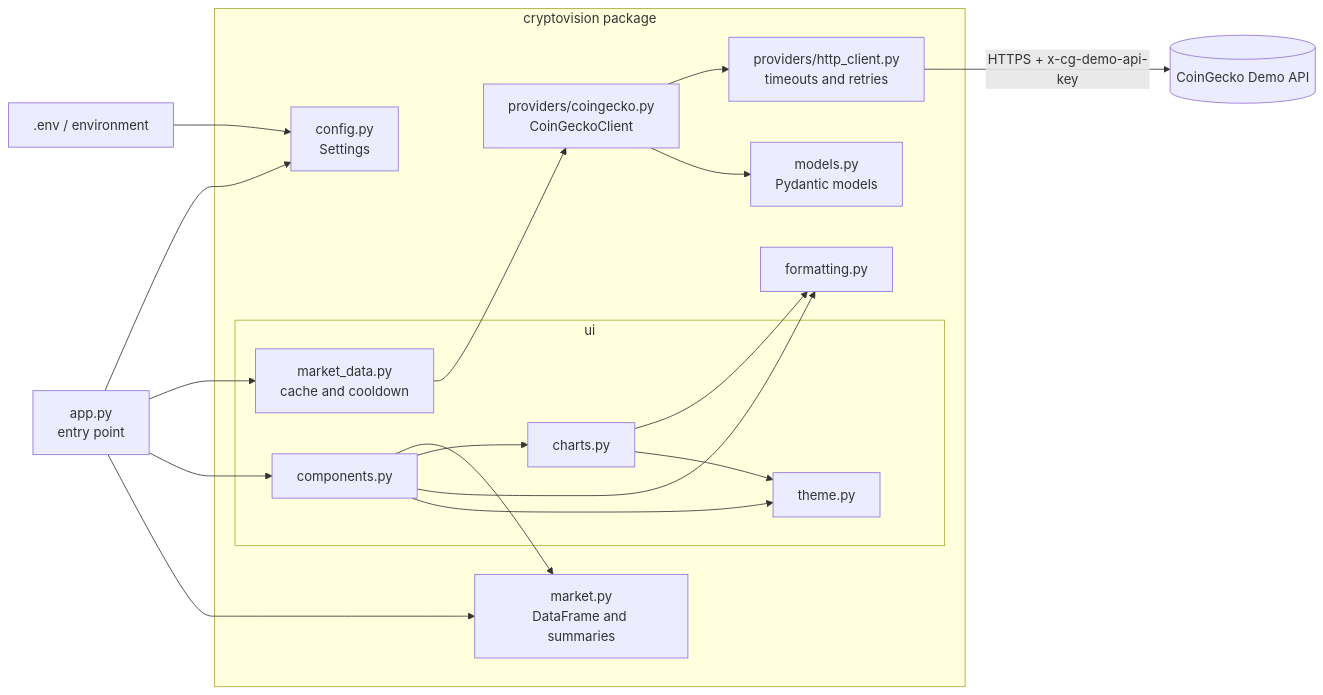
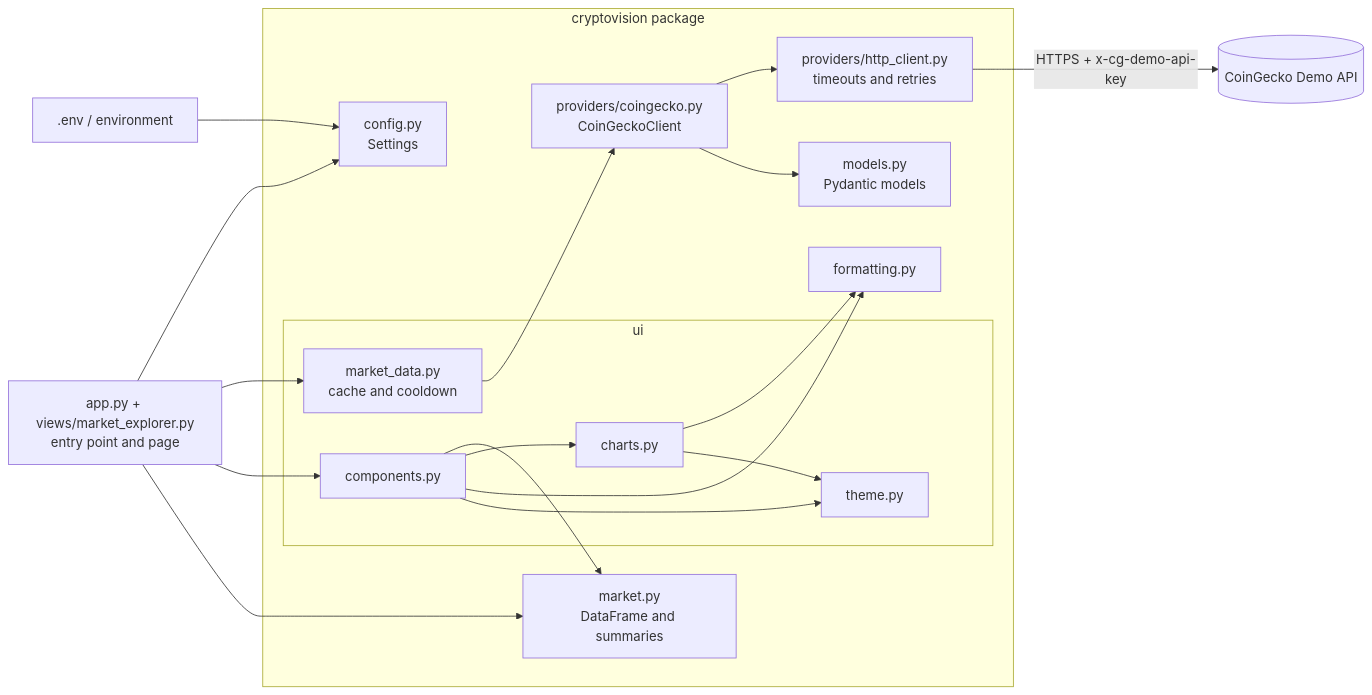
Before and after one commit to CaioVenxncio/cryptovision-dashboard: the diagram in docs/architecture.md, drawn with Mermaid. The commit also changed other lines of this file and 30 other files, not shown here.

````diff
--- a/docs/architecture.md
+++ b/docs/architecture.md
@@ -18,35 +19,35 @@
 ```mermaid
 flowchart LR
     CG[(CoinGecko Demo API)]
 
     subgraph pkg [cryptovision package]
         CFG[config.py<br/>Settings]
         HTTP[providers/http_client.py<br/>timeouts and retries]
         CLI[providers/coingecko.py<br/>CoinGeckoClient]
         MOD[models.py<br/>Pydantic models]
         MKT[market.py<br/>DataFrame and summaries]
         FMT[formatting.py]
         subgraph ui [ui]
             DATA[market_data.py<br/>cache and cooldown]
             COMP[components.py]
             CH[charts.py]
             TH[theme.py]
         end
     end
 
     ENV[.env / environment] --> CFG
-    APP[app.py<br/>entry point] --> CFG
+    APP[app.py + views/market_explorer.py<br/>entry point and page] --> CFG
     APP --> DATA
     APP --> COMP
     DATA --> CLI
     CLI --> HTTP
     HTTP -->|HTTPS + x-cg-demo-api-key| CG
     CLI --> MOD
     APP --> MKT
     COMP --> MKT
     COMP --> CH
     COMP --> FMT
     CH --> FMT
     COMP --> TH
     CH --> TH
 ```
````
